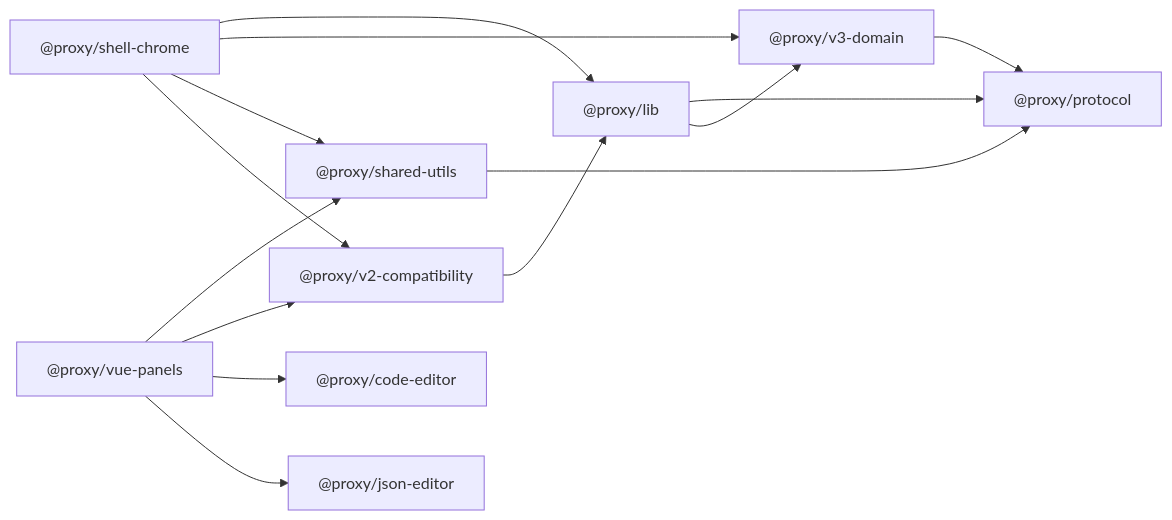
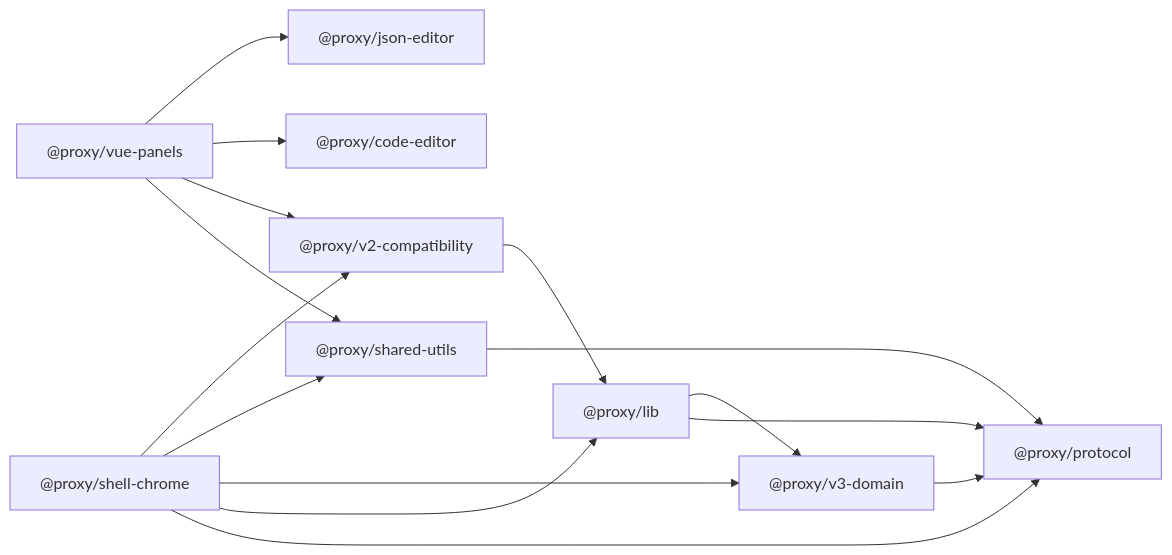
One commit to Nyakooo/ajax-proxy changed the first of 4 diagrams in docs/V3-ARCHITECTURE-ASSESSMENT.zh.md. Above: the diagram before and after it, drawn with Mermaid. The commit also changed other lines of this file and 15 other files, not shown here.

````diff
--- a/docs/V3-ARCHITECTURE-ASSESSMENT.zh.md
+++ b/docs/V3-ARCHITECTURE-ASSESSMENT.zh.md
@@ -9,26 +9,27 @@
 ```mermaid
 flowchart LR
   protocol["@proxy/protocol"]
   proxy["@proxy/lib"]
   shared["@proxy/shared-utils"]
   compat["@proxy/v2-compatibility"]
   shell["@proxy/shell-chrome"]
   domain["@proxy/v3-domain"]
   panels["@proxy/vue-panels"]
   code["@proxy/code-editor"]
   json["@proxy/json-editor"]
 
   proxy --> protocol
   proxy --> domain
   shared --> protocol
   compat --> proxy
   domain --> protocol
+  shell --> protocol
   shell --> proxy
   shell --> domain
   shell --> shared
   shell --> compat
   panels --> shared
   panels --> compat
   panels --> code
   panels --> json
 ```
````
